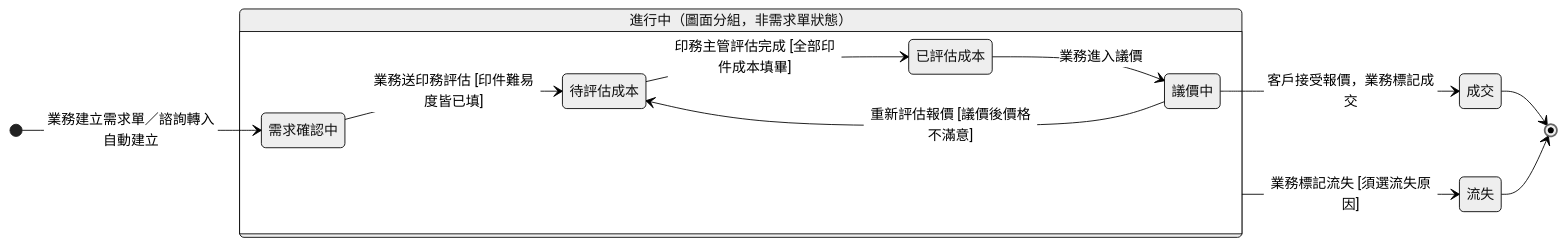
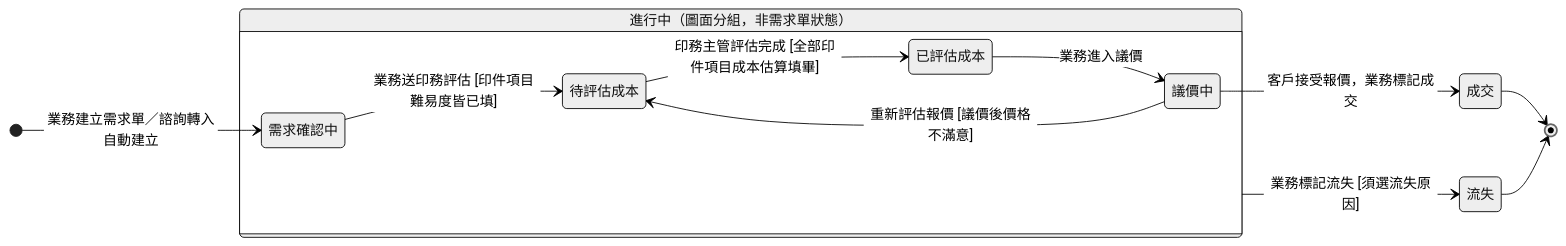
Before and after one commit to Kawato-Miles/erp-spec: the diagram in memory/Sens_wiki/wiki/erp/06-state-machines/範例 - 狀態機.md, drawn with Mermaid (neutral theme). The commit also changed other lines of this file and 28 other files, not shown here.

````diff
--- a/memory/Sens_wiki/wiki/erp/06-state-machines/範例 - 狀態機.md
+++ b/memory/Sens_wiki/wiki/erp/06-state-machines/範例 - 狀態機.md
@@ -54,27 +56,27 @@
 ```mermaid
 stateDiagram-v2
     direction LR
 
     [*] --> s_confirm : 業務建立需求單／諮詢轉入自動建立
 
     state "進行中（圖面分組，非需求單狀態）" as InProgress {
         direction LR
         state "需求確認中" as s_confirm
         state "待評估成本" as s_wait
         state "已評估成本" as s_est
         state "議價中" as s_nego
-        s_confirm --> s_wait : 業務送印務評估 [印件難易度皆已填]
-        s_wait --> s_est : 印務主管評估完成 [全部印件成本填畢]
+        s_confirm --> s_wait : 業務送印務評估 [印件項目難易度皆已填]
+        s_wait --> s_est : 印務主管評估完成 [全部印件項目成本估算填畢]
         s_est --> s_nego : 業務進入議價
         s_nego --> s_wait : 重新評估報價 [議價後價格不滿意]
     }
 
     state "成交" as s_won
     state "流失" as s_lost
 
     s_nego --> s_won : 客戶接受報價，業務標記成交
     InProgress --> s_lost : 業務標記流失 [須選流失原因]
 
     s_won --> [*]
     s_lost --> [*]
 ```
````
